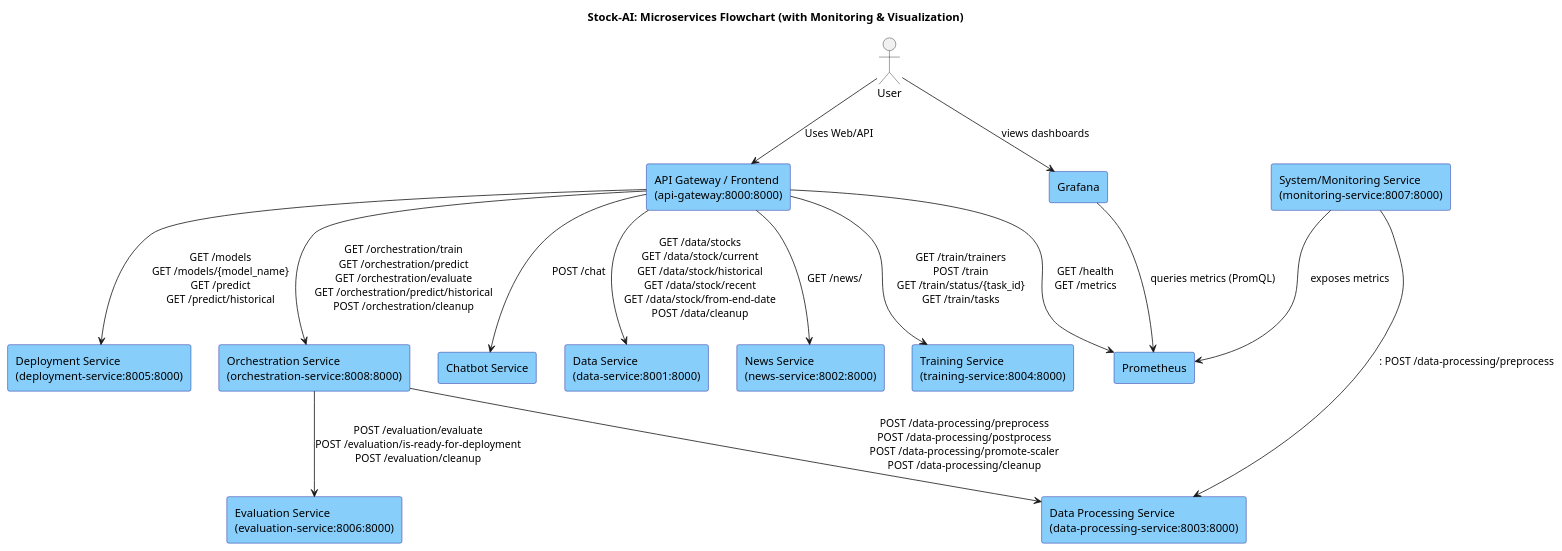
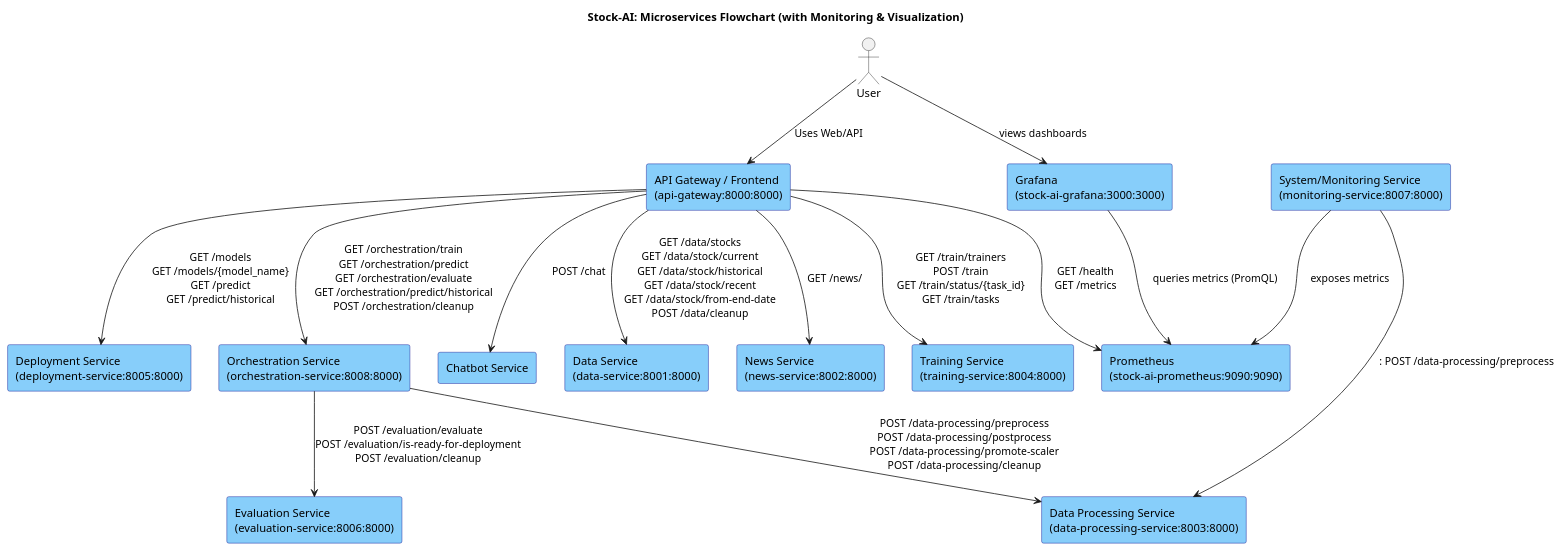
Before and after one commit to LOG795-PFE031/stock-ai_pfe031: the diagram in docs/microservices/Microservices_Flowchart.puml, drawn with PlantUML.

Commit message:
Ajout du hostname et ports pour Grafana/Prometheus

```diff
--- a/docs/microservices/Microservices_Flowchart.puml
+++ b/docs/microservices/Microservices_Flowchart.puml
@@ -1,44 +1,44 @@
 @startuml Microservices_Flowchart
 
 title Stock-AI: Microservices Flowchart (with Monitoring & Visualization)
 
 skinparam rectangle {
   BackgroundColor LightSkyBlue
   BorderColor DarkBlue
   FontColor Black
 }
 
 actor User as user
 
 rectangle "API Gateway / Frontend\n(api-gateway:8000:8000)" as gateway
 rectangle "Data Service\n(data-service:8001:8000)" as data
 rectangle "News Service\n(news-service:8002:8000)" as news
 rectangle "Data Processing Service\n(data-processing-service:8003:8000)" as dataProcessing
 rectangle "Training Service\n(training-service:8004:8000)" as training
 rectangle "Deployment Service\n(deployment-service:8005:8000)" as deployment
 rectangle "Evaluation Service\n(evaluation-service:8006:8000)" as evaluation
 rectangle "System/Monitoring Service\n(monitoring-service:8007:8000)" as monitoring
 rectangle "Orchestration Service\n(orchestration-service:8008:8000)" as orchestration
 rectangle "Chatbot Service" as chatbot
-rectangle "Prometheus" as prometheus
-rectangle "Grafana" as grafana
+rectangle "Prometheus\n(stock-ai-prometheus:9090:9090)" as prometheus
+rectangle "Grafana\n(stock-ai-grafana:3000:3000)" as grafana
 
 user --> gateway : Uses Web/API
 
 gateway --> data : GET /data/stocks\nGET /data/stock/current\nGET /data/stock/historical\nGET /data/stock/recent\nGET /data/stock/from-end-date\nPOST /data/cleanup
 gateway --> news : GET /news/
 orchestration --> dataProcessing : POST /data-processing/preprocess\nPOST /data-processing/postprocess\nPOST /data-processing/promote-scaler\nPOST /data-processing/cleanup
 gateway --> training : GET /train/trainers\nPOST /train\nGET /train/status/{task_id}\nGET /train/tasks
 gateway --> deployment : GET /models\nGET /models/{model_name}\nGET /predict\nGET /predict/historical
 orchestration --> evaluation : POST /evaluation/evaluate\nPOST /evaluation/is-ready-for-deployment\nPOST /evaluation/cleanup
 gateway --> orchestration : GET /orchestration/train\nGET /orchestration/predict\nGET /orchestration/evaluate\nGET /orchestration/predict/historical\nPOST /orchestration/cleanup
 gateway --> chatbot : POST /chat\n
 gateway --> prometheus : GET /health\nGET /metrics
 monitoring --> dataProcessing: : POST /data-processing/preprocess\n
 
 ' Monitoring flow
 monitoring --> prometheus : exposes metrics
 grafana --> prometheus : queries metrics (PromQL)
 user --> grafana : views dashboards
 
 @enduml
```
